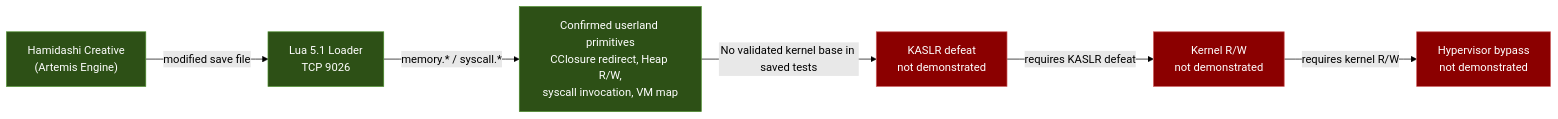
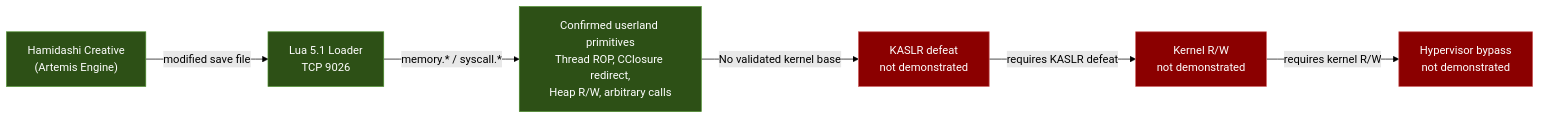
One commit to 0x7067/PS5-14.10-Research changed the first of 2 diagrams in README.md. Above: the diagram before and after it, drawn with Mermaid (forest theme). The commit also changed other lines of this file and 3 other files, not shown here.

````diff
--- a/README.md
+++ b/README.md
@@ -131,15 +232,15 @@
 ```mermaid
 graph LR
     A["Hamidashi Creative<br/>(Artemis Engine)"] -->|modified save file| B["Lua 5.1 Loader<br/>TCP 9026"]
-    B -->|memory.* / syscall.*| C["Confirmed userland primitives<br/>CClosure redirect, Heap R/W,<br/>syscall invocation, VM map"]
-    C -->|"No validated kernel base in saved tests"| D["KASLR defeat<br/>not demonstrated"]
+    B -->|memory.* / syscall.*| C["Confirmed userland primitives<br/>Thread ROP, CClosure redirect,<br/>Heap R/W, arbitrary calls"]
+    C -->|"No validated kernel base"| D["KASLR defeat<br/>not demonstrated"]
     D -->|requires KASLR defeat| E["Kernel R/W<br/>not demonstrated"]
     E -->|requires kernel R/W| F["Hypervisor bypass<br/>not demonstrated"]
 
     style A fill:#2d5016,stroke:#4a8c2a,color:#fff
     style B fill:#2d5016,stroke:#4a8c2a,color:#fff
     style C fill:#2d5016,stroke:#4a8c2a,color:#fff
     style D fill:#8b0000,stroke:#cd5c5c,color:#fff
     style E fill:#8b0000,stroke:#cd5c5c,color:#fff
     style F fill:#8b0000,stroke:#cd5c5c,color:#fff
 ```
````
